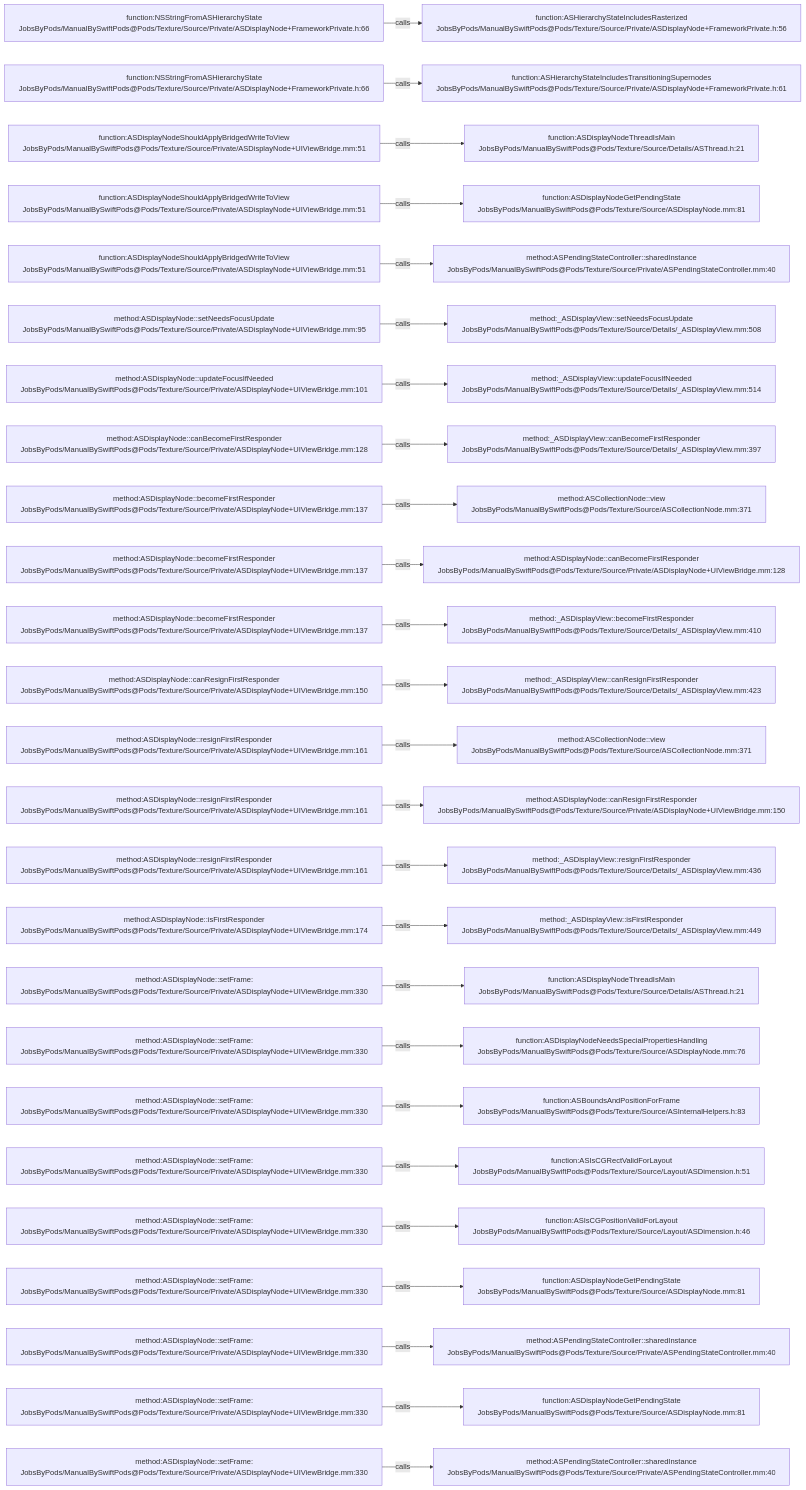
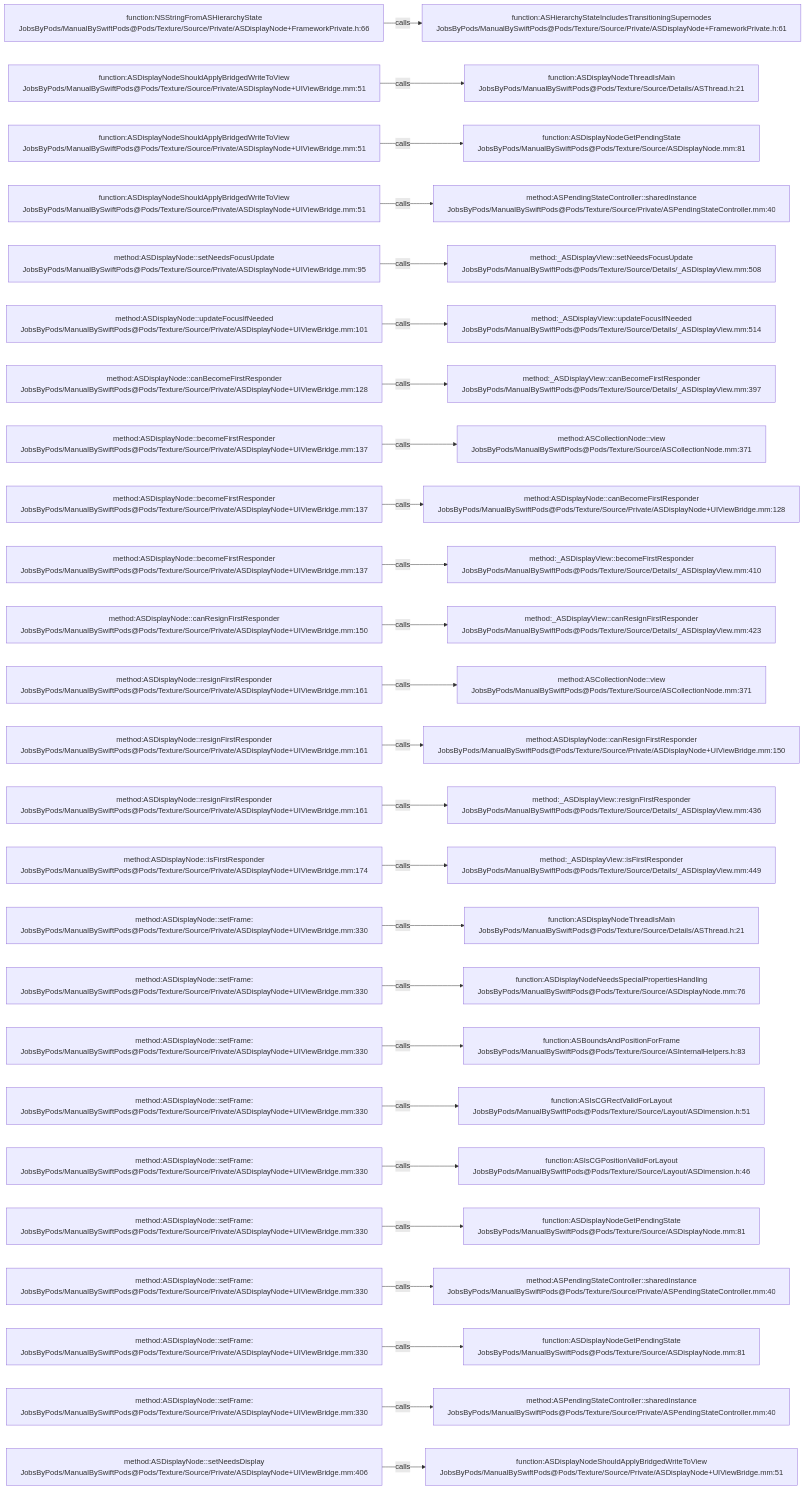
The diagram in .codegraph/codegraph.md/graphs/calls-118.md (JobsKits/JobsSwiftBaseConfigDemo), drawn with Mermaid before and after one commit. The commit also changed 747 other files, not shown here.

````diff
--- a/.codegraph/codegraph.md/graphs/calls-118.md
+++ b/.codegraph/codegraph.md/graphs/calls-118.md
@@ -13,78 +13,78 @@
 ```mermaid
 flowchart LR
   S1["function:NSStringFromASHierarchyState<br/>JobsByPods/ManualBySwiftPods@Pods/Texture/Source/Private/ASDisplayNode+FrameworkPrivate.h:66"]
-  T1["function:ASHierarchyStateIncludesRasterized<br/>JobsByPods/ManualBySwiftPods@Pods/Texture/Source/Private/ASDisplayNode+FrameworkPrivate.h:56"]
+  T1["function:ASHierarchyStateIncludesTransitioningSupernodes<br/>JobsByPods/ManualBySwiftPods@Pods/Texture/Source/Private/ASDisplayNode+FrameworkPrivate.h:61"]
   S1 -->|calls| T1
-  S2["function:NSStringFromASHierarchyState<br/>JobsByPods/ManualBySwiftPods@Pods/Texture/Source/Private/ASDisplayNode+FrameworkPrivate.h:66"]
-  T2["function:ASHierarchyStateIncludesTransitioningSupernodes<br/>JobsByPods/ManualBySwiftPods@Pods/Texture/Source/Private/ASDisplayNode+FrameworkPrivate.h:61"]
+  S2["function:ASDisplayNodeShouldApplyBridgedWriteToView<br/>JobsByPods/ManualBySwiftPods@Pods/Texture/Source/Private/ASDisplayNode+UIViewBridge.mm:51"]
+  T2["function:ASDisplayNodeThreadIsMain<br/>JobsByPods/ManualBySwiftPods@Pods/Texture/Source/Details/ASThread.h:21"]
   S2 -->|calls| T2
   S3["function:ASDisplayNodeShouldApplyBridgedWriteToView<br/>JobsByPods/ManualBySwiftPods@Pods/Texture/Source/Private/ASDisplayNode+UIViewBridge.mm:51"]
-  T3["function:ASDisplayNodeThreadIsMain<br/>JobsByPods/ManualBySwiftPods@Pods/Texture/Source/Details/ASThread.h:21"]
+  T3["function:ASDisplayNodeGetPendingState<br/>JobsByPods/ManualBySwiftPods@Pods/Texture/Source/ASDisplayNode.mm:81"]
   S3 -->|calls| T3
   S4["function:ASDisplayNodeShouldApplyBridgedWriteToView<br/>JobsByPods/ManualBySwiftPods@Pods/Texture/Source/Private/ASDisplayNode+UIViewBridge.mm:51"]
-  T4["function:ASDisplayNodeGetPendingState<br/>JobsByPods/ManualBySwiftPods@Pods/Texture/Source/ASDisplayNode.mm:81"]
+  T4["method:ASPendingStateController::sharedInstance<br/>JobsByPods/ManualBySwiftPods@Pods/Texture/Source/Private/ASPendingStateController.mm:40"]
   S4 -->|calls| T4
-  S5["function:ASDisplayNodeShouldApplyBridgedWriteToView<br/>JobsByPods/ManualBySwiftPods@Pods/Texture/Source/Private/ASDisplayNode+UIViewBridge.mm:51"]
-  T5["method:ASPendingStateController::sharedInstance<br/>JobsByPods/ManualBySwiftPods@Pods/Texture/Source/Private/ASPendingStateController.mm:40"]
+  S5["method:ASDisplayNode::setNeedsFocusUpdate<br/>JobsByPods/ManualBySwiftPods@Pods/Texture/Source/Private/ASDisplayNode+UIViewBridge.mm:95"]
+  T5["method:_ASDisplayView::setNeedsFocusUpdate<br/>JobsByPods/ManualBySwiftPods@Pods/Texture/Source/Details/_ASDisplayView.mm:508"]
   S5 -->|calls| T5
-  S6["method:ASDisplayNode::setNeedsFocusUpdate<br/>JobsByPods/ManualBySwiftPods@Pods/Texture/Source/Private/ASDisplayNode+UIViewBridge.mm:95"]
-  T6["method:_ASDisplayView::setNeedsFocusUpdate<br/>JobsByPods/ManualBySwiftPods@Pods/Texture/Source/Details/_ASDisplayView.mm:508"]
+  S6["method:ASDisplayNode::updateFocusIfNeeded<br/>JobsByPods/ManualBySwiftPods@Pods/Texture/Source/Private/ASDisplayNode+UIViewBridge.mm:101"]
+  T6["method:_ASDisplayView::updateFocusIfNeeded<br/>JobsByPods/ManualBySwiftPods@Pods/Texture/Source/Details/_ASDisplayView.mm:514"]
   S6 -->|calls| T6
-  S7["method:ASDisplayNode::updateFocusIfNeeded<br/>JobsByPods/ManualBySwiftPods@Pods/Texture/Source/Private/ASDisplayNode+UIViewBridge.mm:101"]
-  T7["method:_ASDisplayView::updateFocusIfNeeded<br/>JobsByPods/ManualBySwiftPods@Pods/Texture/Source/Details/_ASDisplayView.mm:514"]
+  S7["method:ASDisplayNode::canBecomeFirstResponder<br/>JobsByPods/ManualBySwiftPods@Pods/Texture/Source/Private/ASDisplayNode+UIViewBridge.mm:128"]
+  T7["method:_ASDisplayView::canBecomeFirstResponder<br/>JobsByPods/ManualBySwiftPods@Pods/Texture/Source/Details/_ASDisplayView.mm:397"]
   S7 -->|calls| T7
-  S8["method:ASDisplayNode::canBecomeFirstResponder<br/>JobsByPods/ManualBySwiftPods@Pods/Texture/Source/Private/ASDisplayNode+UIViewBridge.mm:128"]
-  T8["method:_ASDisplayView::canBecomeFirstResponder<br/>JobsByPods/ManualBySwiftPods@Pods/Texture/Source/Details/_ASDisplayView.mm:397"]
+  S8["method:ASDisplayNode::becomeFirstResponder<br/>JobsByPods/ManualBySwiftPods@Pods/Texture/Source/Private/ASDisplayNode+UIViewBridge.mm:137"]
+  T8["method:ASCollectionNode::view<br/>JobsByPods/ManualBySwiftPods@Pods/Texture/Source/ASCollectionNode.mm:371"]
   S8 -->|calls| T8
   S9["method:ASDisplayNode::becomeFirstResponder<br/>JobsByPods/ManualBySwiftPods@Pods/Texture/Source/Private/ASDisplayNode+UIViewBridge.mm:137"]
-  T9["method:ASCollectionNode::view<br/>JobsByPods/ManualBySwiftPods@Pods/Texture/Source/ASCollectionNode.mm:371"]
+  T9["method:ASDisplayNode::canBecomeFirstResponder<br/>JobsByPods/ManualBySwiftPods@Pods/Texture/Source/Private/ASDisplayNode+UIViewBridge.mm:128"]
   S9 -->|calls| T9
   S10["method:ASDisplayNode::becomeFirstResponder<br/>JobsByPods/ManualBySwiftPods@Pods/Texture/Source/Private/ASDisplayNode+UIViewBridge.mm:137"]
-  T10["method:ASDisplayNode::canBecomeFirstResponder<br/>JobsByPods/ManualBySwiftPods@Pods/Texture/Source/Private/ASDisplayNode+UIViewBridge.mm:128"]
+  T10["method:_ASDisplayView::becomeFirstResponder<br/>JobsByPods/ManualBySwiftPods@Pods/Texture/Source/Details/_ASDisplayView.mm:410"]
   S10 -->|calls| T10
-  S11["method:ASDisplayNode::becomeFirstResponder<br/>JobsByPods/ManualBySwiftPods@Pods/Texture/Source/Private/ASDisplayNode+UIViewBridge.mm:137"]
-  T11["method:_ASDisplayView::becomeFirstResponder<br/>JobsByPods/ManualBySwiftPods@Pods/Texture/Source/Details/_ASDisplayView.mm:410"]
+  S11["method:ASDisplayNode::canResignFirstResponder<br/>JobsByPods/ManualBySwiftPods@Pods/Texture/Source/Private/ASDisplayNode+UIViewBridge.mm:150"]
+  T11["method:_ASDisplayView::canResignFirstResponder<br/>JobsByPods/ManualBySwiftPods@Pods/Texture/Source/Details/_ASDisplayView.mm:423"]
   S11 -->|calls| T11
-  S12["method:ASDisplayNode::canResignFirstResponder<br/>JobsByPods/ManualBySwiftPods@Pods/Texture/Source/Private/ASDisplayNode+UIViewBridge.mm:150"]
-  T12["method:_ASDisplayView::canResignFirstResponder<br/>JobsByPods/ManualBySwiftPods@Pods/Texture/Source/Details/_ASDisplayView.mm:423"]
+  S12["method:ASDisplayNode::resignFirstResponder<br/>JobsByPods/ManualBySwiftPods@Pods/Texture/Source/Private/ASDisplayNode+UIViewBridge.mm:161"]
+  T12["method:ASCollectionNode::view<br/>JobsByPods/ManualBySwiftPods@Pods/Texture/Source/ASCollectionNode.mm:371"]
   S12 -->|calls| T12
   S13["method:ASDisplayNode::resignFirstResponder<br/>JobsByPods/ManualBySwiftPods@Pods/Texture/Source/Private/ASDisplayNode+UIViewBridge.mm:161"]
-  T13["method:ASCollectionNode::view<br/>JobsByPods/ManualBySwiftPods@Pods/Texture/Source/ASCollectionNode.mm:371"]
+  T13["method:ASDisplayNode::canResignFirstResponder<br/>JobsByPods/ManualBySwiftPods@Pods/Texture/Source/Private/ASDisplayNode+UIViewBridge.mm:150"]
   S13 -->|calls| T13
   S14["method:ASDisplayNode::resignFirstResponder<br/>JobsByPods/ManualBySwiftPods@Pods/Texture/Source/Private/ASDisplayNode+UIViewBridge.mm:161"]
-  T14["method:ASDisplayNode::canResignFirstResponder<br/>JobsByPods/ManualBySwiftPods@Pods/Texture/Source/Private/ASDisplayNode+UIViewBridge.mm:150"]
+  T14["method:_ASDisplayView::resignFirstResponder<br/>JobsByPods/ManualBySwiftPods@Pods/Texture/Source/Details/_ASDisplayView.mm:436"]
   S14 -->|calls| T14
-  S15["method:ASDisplayNode::resignFirstResponder<br/>JobsByPods/ManualBySwiftPods@Pods/Texture/Source/Private/ASDisplayNode+UIViewBridge.mm:161"]
-  T15["method:_ASDisplayView::resignFirstResponder<br/>JobsByPods/ManualBySwiftPods@Pods/Texture/Source/Details/_ASDisplayView.mm:436"]
+  S15["method:ASDisplayNode::isFirstResponder<br/>JobsByPods/ManualBySwiftPods@Pods/Texture/Source/Private/ASDisplayNode+UIViewBridge.mm:174"]
+  T15["method:_ASDisplayView::isFirstResponder<br/>JobsByPods/ManualBySwiftPods@Pods/Texture/Source/Details/_ASDisplayView.mm:449"]
   S15 -->|calls| T15
-  S16["method:ASDisplayNode::isFirstResponder<br/>JobsByPods/ManualBySwiftPods@Pods/Texture/Source/Private/ASDisplayNode+UIViewBridge.mm:174"]
-  T16["method:_ASDisplayView::isFirstResponder<br/>JobsByPods/ManualBySwiftPods@Pods/Texture/Source/Details/_ASDisplayView.mm:449"]
+  S16["method:ASDisplayNode::setFrame:<br/>JobsByPods/ManualBySwiftPods@Pods/Texture/Source/Private/ASDisplayNode+UIViewBridge.mm:330"]
+  T16["function:ASDisplayNodeThreadIsMain<br/>JobsByPods/ManualBySwiftPods@Pods/Texture/Source/Details/ASThread.h:21"]
   S16 -->|calls| T16
   S17["method:ASDisplayNode::setFrame:<br/>JobsByPods/ManualBySwiftPods@Pods/Texture/Source/Private/ASDisplayNode+UIViewBridge.mm:330"]
-  T17["function:ASDisplayNodeThreadIsMain<br/>JobsByPods/ManualBySwiftPods@Pods/Texture/Source/Details/ASThread.h:21"]
+  T17["function:ASDisplayNodeNeedsSpecialPropertiesHandling<br/>JobsByPods/ManualBySwiftPods@Pods/Texture/Source/ASDisplayNode.mm:76"]
   S17 -->|calls| T17
   S18["method:ASDisplayNode::setFrame:<br/>JobsByPods/ManualBySwiftPods@Pods/Texture/Source/Private/ASDisplayNode+UIViewBridge.mm:330"]
-  T18["function:ASDisplayNodeNeedsSpecialPropertiesHandling<br/>JobsByPods/ManualBySwiftPods@Pods/Texture/Source/ASDisplayNode.mm:76"]
+  T18["function:ASBoundsAndPositionForFrame<br/>JobsByPods/ManualBySwiftPods@Pods/Texture/Source/ASInternalHelpers.h:83"]
   S18 -->|calls| T18
   S19["method:ASDisplayNode::setFrame:<br/>JobsByPods/ManualBySwiftPods@Pods/Texture/Source/Private/ASDisplayNode+UIViewBridge.mm:330"]
-  T19["function:ASBoundsAndPositionForFrame<br/>JobsByPods/ManualBySwiftPods@Pods/Texture/Source/ASInternalHelpers.h:83"]
+  T19["function:ASIsCGRectValidForLayout<br/>JobsByPods/ManualBySwiftPods@Pods/Texture/Source/Layout/ASDimension.h:51"]
   S19 -->|calls| T19
   S20["method:ASDisplayNode::setFrame:<br/>JobsByPods/ManualBySwiftPods@Pods/Texture/Source/Private/ASDisplayNode+UIViewBridge.mm:330"]
-  T20["function:ASIsCGRectValidForLayout<br/>JobsByPods/ManualBySwiftPods@Pods/Texture/Source/Layout/ASDimension.h:51"]
+  T20["function:ASIsCGPositionValidForLayout<br/>JobsByPods/ManualBySwiftPods@Pods/Texture/Source/Layout/ASDimension.h:46"]
   S20 -->|calls| T20
   S21["method:ASDisplayNode::setFrame:<br/>JobsByPods/ManualBySwiftPods@Pods/Texture/Source/Private/ASDisplayNode+UIViewBridge.mm:330"]
-  T21["function:ASIsCGPositionValidForLayout<br/>JobsByPods/ManualBySwiftPods@Pods/Texture/Source/Layout/ASDimension.h:46"]
+  T21["function:ASDisplayNodeGetPendingState<br/>JobsByPods/ManualBySwiftPods@Pods/Texture/Source/ASDisplayNode.mm:81"]
   S21 -->|calls| T21
   S22["method:ASDisplayNode::setFrame:<br/>JobsByPods/ManualBySwiftPods@Pods/Texture/Source/Private/ASDisplayNode+UIViewBridge.mm:330"]
-  T22["function:ASDisplayNodeGetPendingState<br/>JobsByPods/ManualBySwiftPods@Pods/Texture/Source/ASDisplayNode.mm:81"]
+  T22["method:ASPendingStateController::sharedInstance<br/>JobsByPods/ManualBySwiftPods@Pods/Texture/Source/Private/ASPendingStateController.mm:40"]
   S22 -->|calls| T22
   S23["method:ASDisplayNode::setFrame:<br/>JobsByPods/ManualBySwiftPods@Pods/Texture/Source/Private/ASDisplayNode+UIViewBridge.mm:330"]
-  T23["method:ASPendingStateController::sharedInstance<br/>JobsByPods/ManualBySwiftPods@Pods/Texture/Source/Private/ASPendingStateController.mm:40"]
+  T23["function:ASDisplayNodeGetPendingState<br/>JobsByPods/ManualBySwiftPods@Pods/Texture/Source/ASDisplayNode.mm:81"]
   S23 -->|calls| T23
   S24["method:ASDisplayNode::setFrame:<br/>JobsByPods/ManualBySwiftPods@Pods/Texture/Source/Private/ASDisplayNode+UIViewBridge.mm:330"]
-  T24["function:ASDisplayNodeGetPendingState<br/>JobsByPods/ManualBySwiftPods@Pods/Texture/Source/ASDisplayNode.mm:81"]
+  T24["method:ASPendingStateController::sharedInstance<br/>JobsByPods/ManualBySwiftPods@Pods/Texture/Source/Private/ASPendingStateController.mm:40"]
   S24 -->|calls| T24
-  S25["method:ASDisplayNode::setFrame:<br/>JobsByPods/ManualBySwiftPods@Pods/Texture/Source/Private/ASDisplayNode+UIViewBridge.mm:330"]
-  T25["method:ASPendingStateController::sharedInstance<br/>JobsByPods/ManualBySwiftPods@Pods/Texture/Source/Private/ASPendingStateController.mm:40"]
+  S25["method:ASDisplayNode::setNeedsDisplay<br/>JobsByPods/ManualBySwiftPods@Pods/Texture/Source/Private/ASDisplayNode+UIViewBridge.mm:406"]
+  T25["function:ASDisplayNodeShouldApplyBridgedWriteToView<br/>JobsByPods/ManualBySwiftPods@Pods/Texture/Source/Private/ASDisplayNode+UIViewBridge.mm:51"]
   S25 -->|calls| T25
 ```
````
